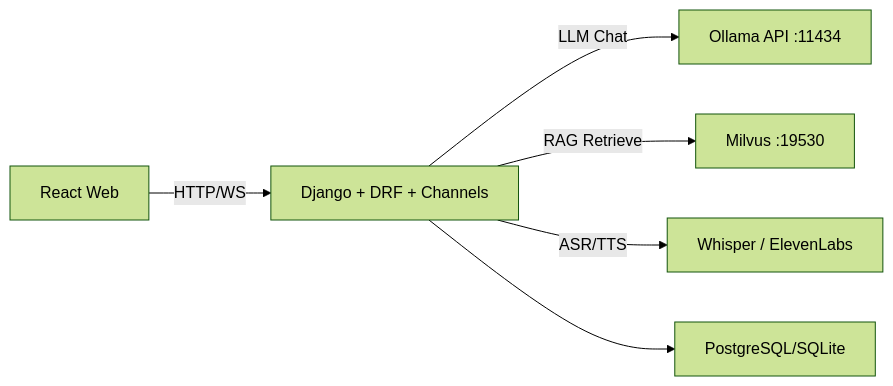
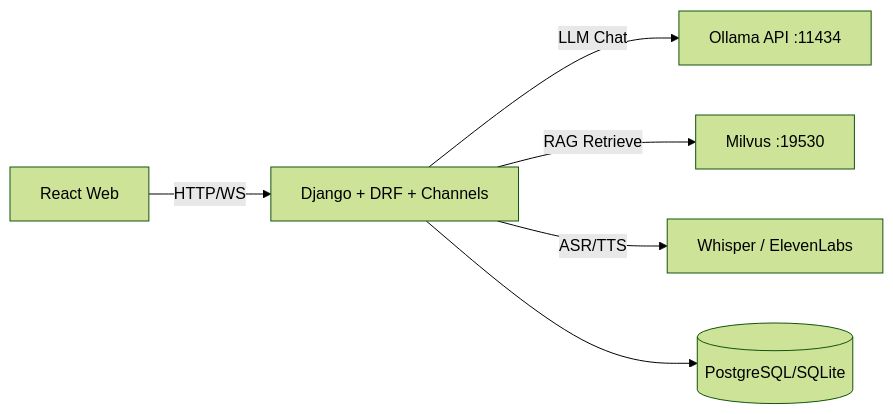
The diagram in README.md (ByteTitan-star/Agent_SoulMate), drawn with Mermaid (forest theme) before and after one commit. The commit also changed other lines of this file and 53 other files, not shown here.

````diff
--- a/README.md
+++ b/README.md
@@ -26,8 +32,8 @@
 ```mermaid
 flowchart LR
-  A["React Web"] -->|HTTP/WS| B["Django + DRF + Channels"]
-  B -->|LLM Chat| C["Ollama API :11434"]
-  B -->|RAG Retrieve| D["Milvus :19530"]
-  B -->|ASR/TTS| E["Whisper / ElevenLabs"]
-  B --> F["PostgreSQL/SQLite"]
+  A[React Web] -->|HTTP/WS| B[Django + DRF + Channels]
+  B -->|LLM Chat| C[Ollama API :11434]
+  B -->|RAG Retrieve| D[Milvus :19530]
+  B -->|ASR/TTS| E[Whisper / ElevenLabs]
+  B --> F[(PostgreSQL/SQLite)]
 ```
````
